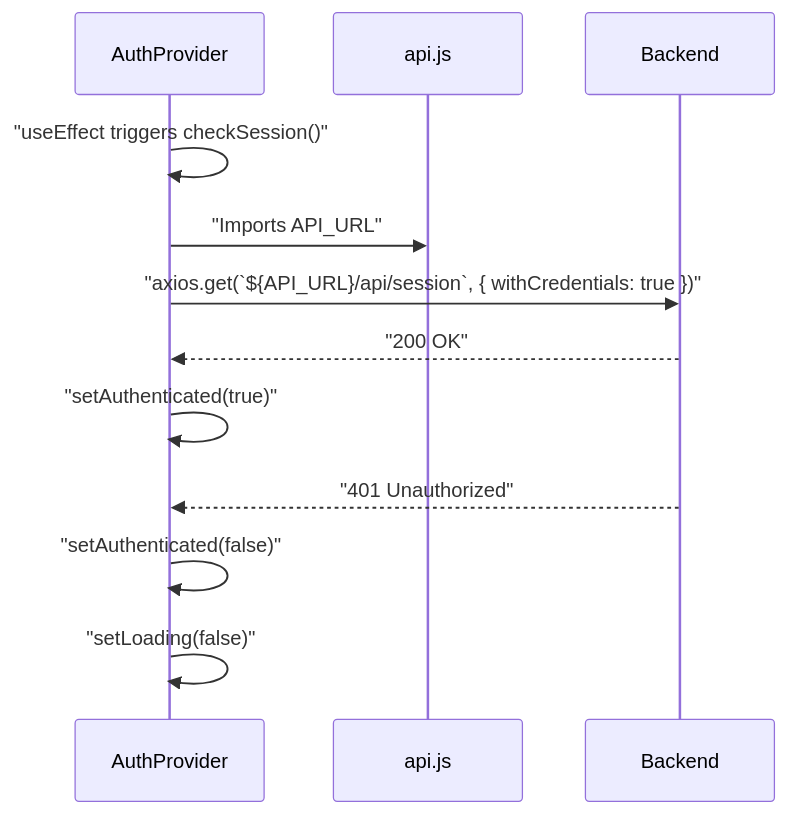
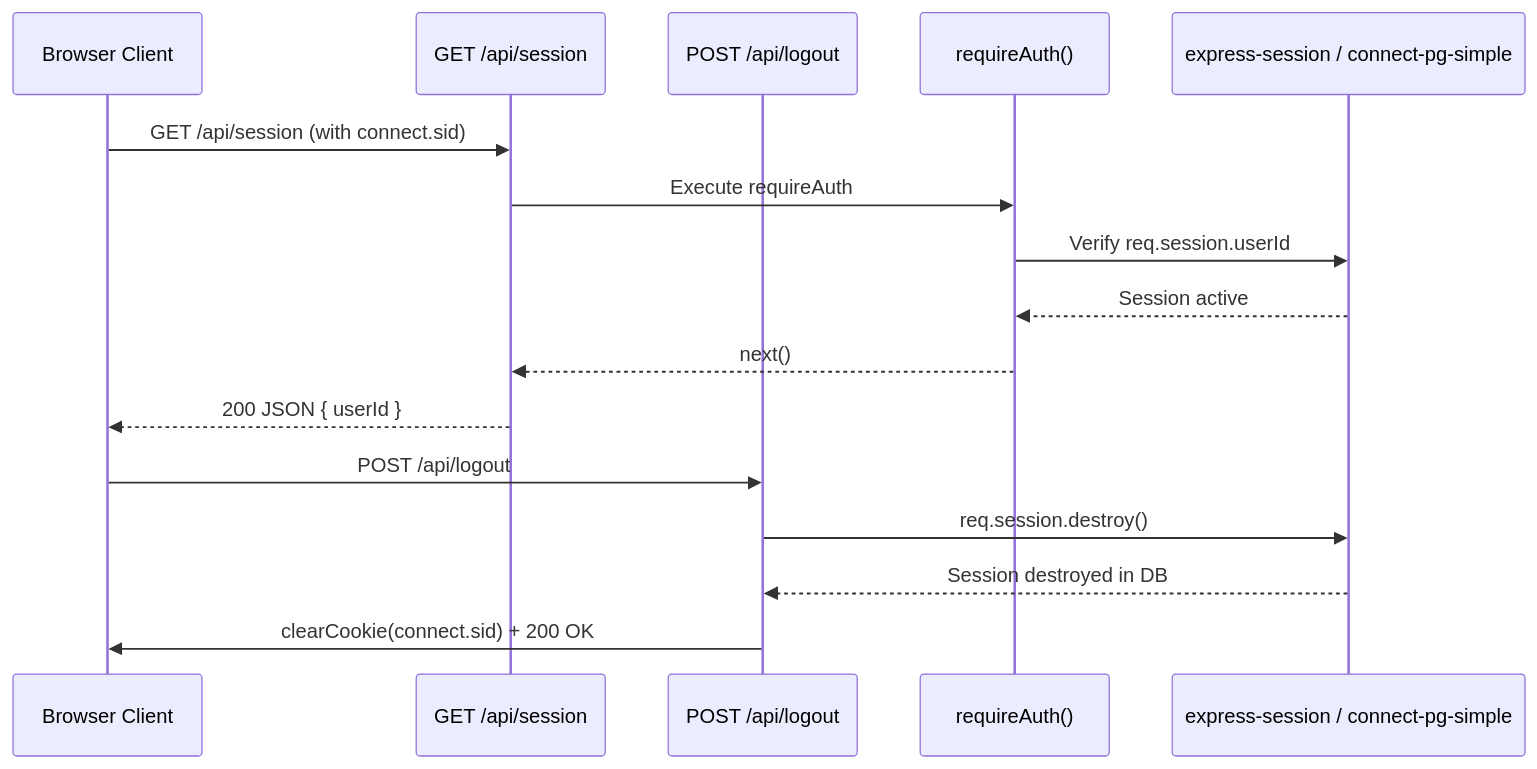
The fourth of 7 diagrams in README.md (rhythm162k/my_movie_diary), drawn with Mermaid before and after one commit. The commit also changed other lines of this file, not shown here.

````diff
--- a/README.md
+++ b/README.md
@@ -949,14 +363,19 @@
 ```mermaid
 sequenceDiagram
-    participant AuthProvider
-    participant api as api.js
-    participant BackendServer as Backend
-    AuthProvider->>AuthProvider: "useEffect triggers checkSession()"
-    AuthProvider->>api: "Imports API_URL"
-    AuthProvider->>BackendServer: "axios.get(`${API_URL}/api/session`, { withCredentials: true })"
-    BackendServer-->>AuthProvider: "200 OK"
-    AuthProvider->>AuthProvider: "setAuthenticated(true)"
-    BackendServer-->>AuthProvider: "401 Unauthorized"
-    AuthProvider->>AuthProvider: "setAuthenticated(false)"
-    AuthProvider->>AuthProvider: "setLoading(false)"
+    participant Client as Browser Client
+    participant SessionRoute as GET /api/session
+    participant LogoutRoute as POST /api/logout
+    participant Auth as requireAuth()
+    participant Store as express-session / connect-pg-simple
+
+    Client->>SessionRoute: GET /api/session (with connect.sid)
+    SessionRoute->>Auth: Execute requireAuth
+    Auth->>Store: Verify req.session.userId
+    Store-->>Auth: Session active
+    Auth-->>SessionRoute: next()
+    SessionRoute-->>Client: 200 JSON { userId }
+    Client->>LogoutRoute: POST /api/logout
+    LogoutRoute->>Store: req.session.destroy()
+    Store-->>LogoutRoute: Session destroyed in DB
+    LogoutRoute->>Client: clearCookie(connect.sid) + 200 OK
 ```
````
